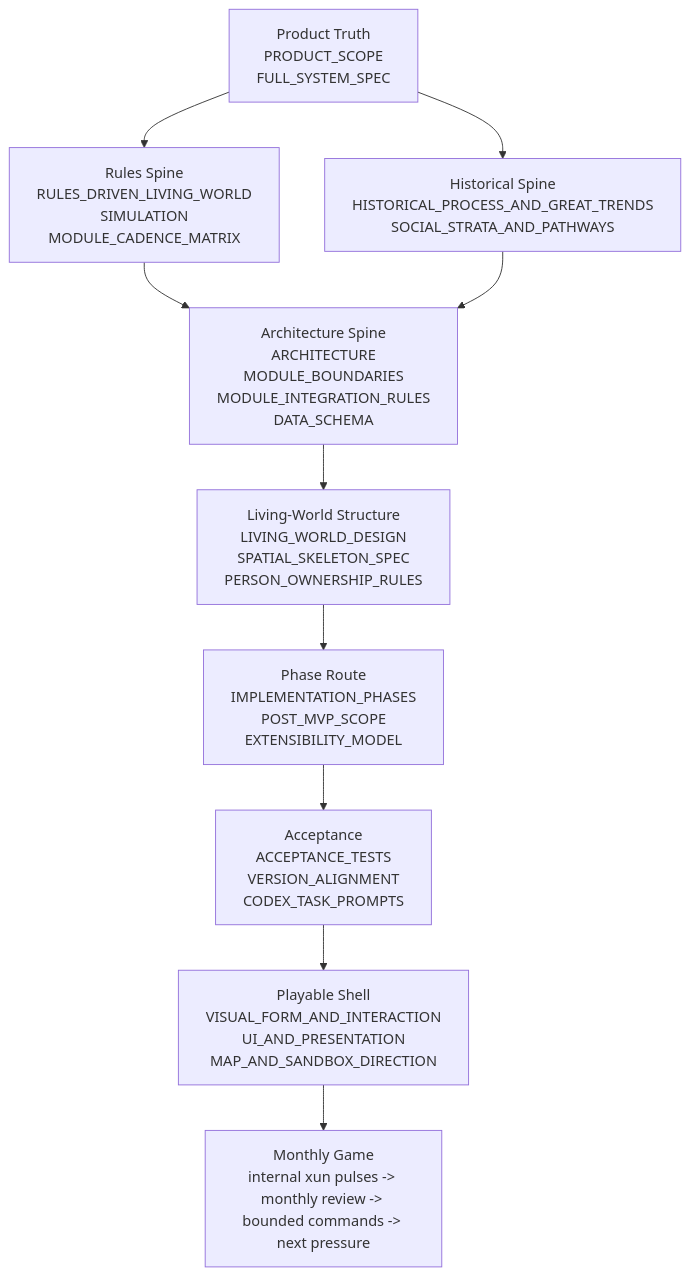
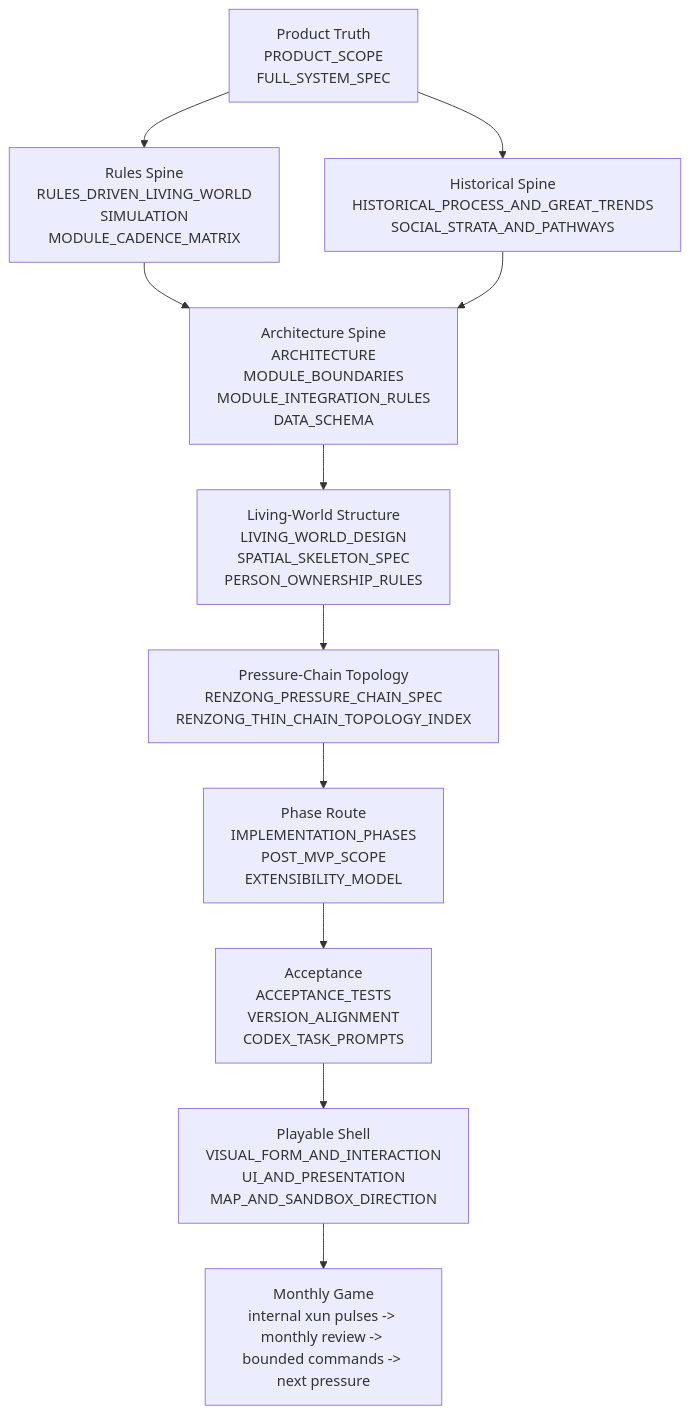
Before and after one commit to zhe9898/3: the diagram in docs/GAME_DEVELOPMENT_ROADMAP.md, drawn with Mermaid. The commit also changed other lines of this file and 6 other files, not shown here.

Commit message:
Add Renzong thin-chain topology index

````diff
--- a/docs/GAME_DEVELOPMENT_ROADMAP.md
+++ b/docs/GAME_DEVELOPMENT_ROADMAP.md
@@ -18,12 +18,13 @@
 ```mermaid
 flowchart TD
     A["Product Truth\nPRODUCT_SCOPE\nFULL_SYSTEM_SPEC"] --> B["Rules Spine\nRULES_DRIVEN_LIVING_WORLD\nSIMULATION\nMODULE_CADENCE_MATRIX"]
     A --> C["Historical Spine\nHISTORICAL_PROCESS_AND_GREAT_TRENDS\nSOCIAL_STRATA_AND_PATHWAYS"]
     B --> D["Architecture Spine\nARCHITECTURE\nMODULE_BOUNDARIES\nMODULE_INTEGRATION_RULES\nDATA_SCHEMA"]
     C --> D
     D --> E["Living-World Structure\nLIVING_WORLD_DESIGN\nSPATIAL_SKELETON_SPEC\nPERSON_OWNERSHIP_RULES"]
-    E --> F["Phase Route\nIMPLEMENTATION_PHASES\nPOST_MVP_SCOPE\nEXTENSIBILITY_MODEL"]
+    E --> E2["Pressure-Chain Topology\nRENZONG_PRESSURE_CHAIN_SPEC\nRENZONG_THIN_CHAIN_TOPOLOGY_INDEX"]
+    E2 --> F["Phase Route\nIMPLEMENTATION_PHASES\nPOST_MVP_SCOPE\nEXTENSIBILITY_MODEL"]
     F --> G["Acceptance\nACCEPTANCE_TESTS\nVERSION_ALIGNMENT\nCODEX_TASK_PROMPTS"]
     G --> H["Playable Shell\nVISUAL_FORM_AND_INTERACTION\nUI_AND_PRESENTATION\nMAP_AND_SANDBOX_DIRECTION"]
 H --> I["Monthly Game\ninternal xun pulses -> monthly review -> bounded commands -> next pressure"]
 ```
````
